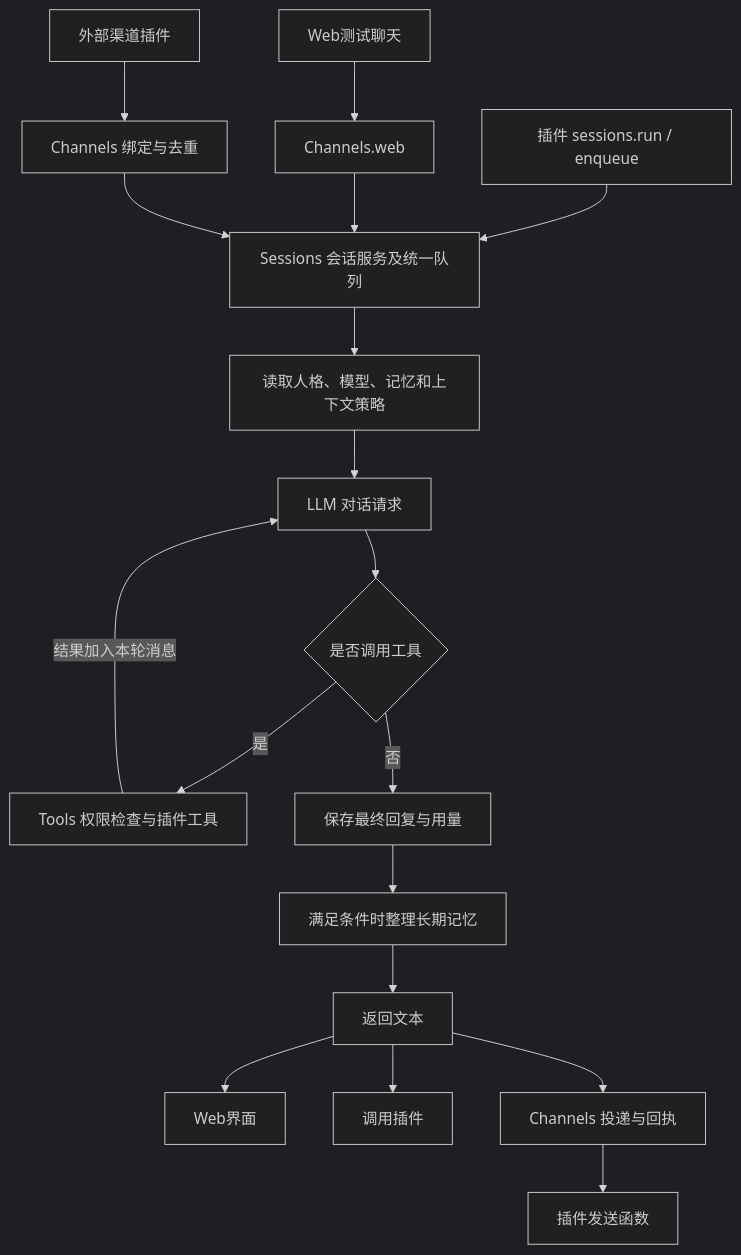
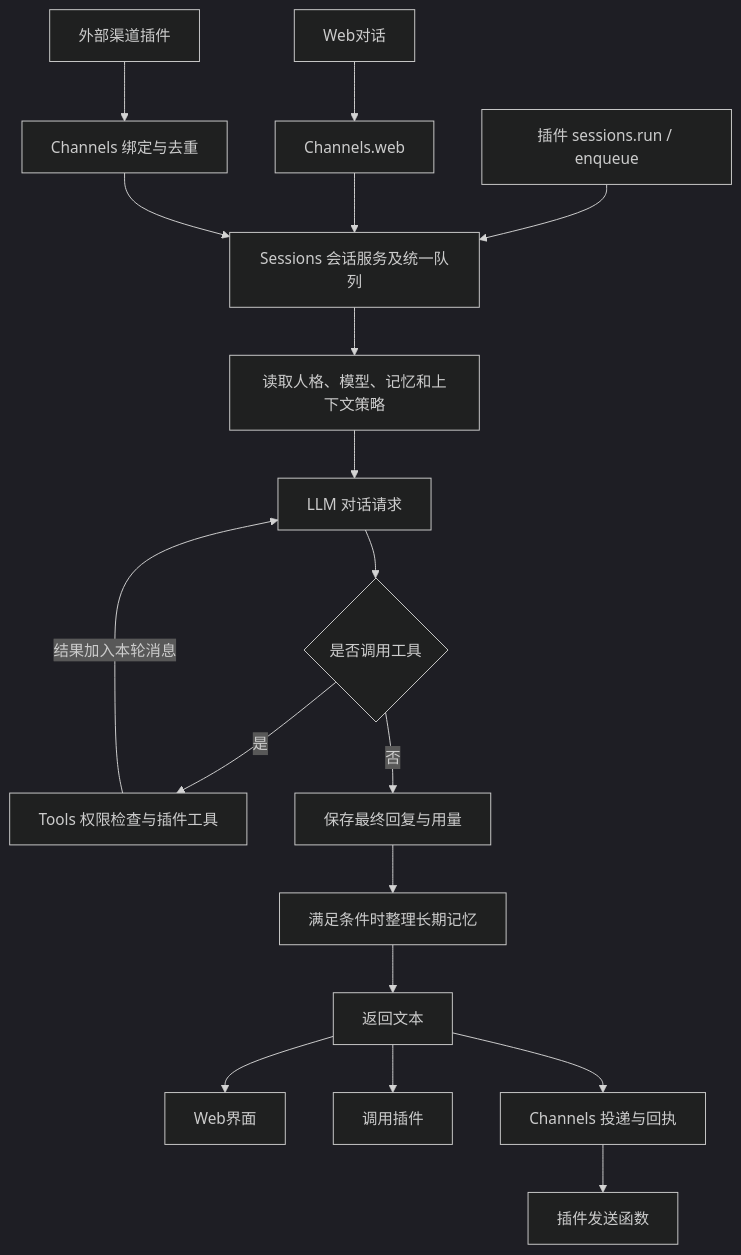
One commit to FelixTaXk/whalelife changed the diagram in architecture/STATUS.md. Above: the diagram before and after it, drawn with Mermaid (dark theme). The commit also changed other lines of this file and 2 other files, not shown here.

Commit message:
fix(console): rename chat testing page to conversation

```diff
--- a/architecture/STATUS.md
+++ b/architecture/STATUS.md
@@ -142,20 +142,20 @@
 ~~~mermaid
 flowchart TD
-  W[Web测试聊天] --> CW[Channels.web]
+  W[Web对话] --> CW[Channels.web]
   P[插件 sessions.run / enqueue] --> S[Sessions 会话服务及统一队列]
   E[外部渠道插件] --> C[Channels 绑定与去重]
   CW --> S
   C --> S
   S --> A[读取人格、模型、记忆和上下文策略]
   A --> L[LLM 对话请求]
   L --> Q{是否调用工具}
   Q -->|是| T[Tools 权限检查与插件工具]
   T -->|结果加入本轮消息| L
   Q -->|否| R[保存最终回复与用量]
   R --> M[满足条件时整理长期记忆]
   M --> O[返回文本]
   O --> UI[Web界面]
   O --> PR[调用插件]
   O --> CP[Channels 投递与回执]
   CP --> D[插件发送函数]
 ~~~
```
